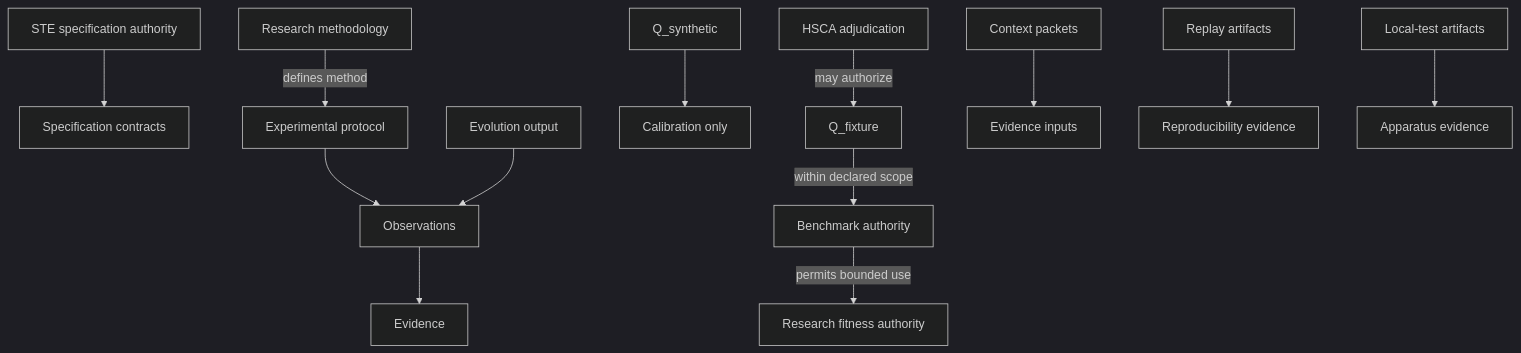
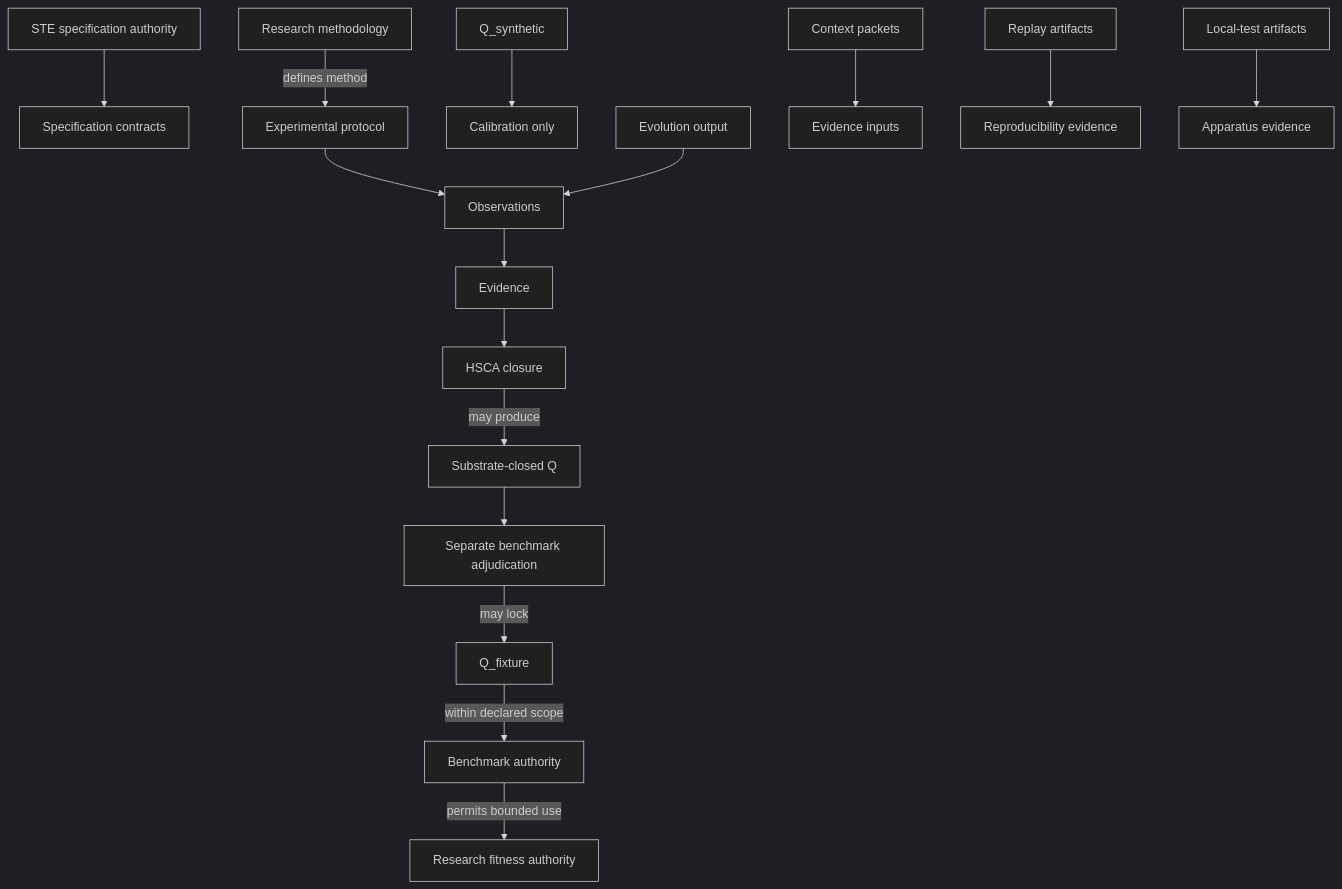
Before and after one commit to egallmann/ste-handbook: the second of 2 diagrams in 14-research/research/mvc/02-methodology/evolution-methodology-v2.md, drawn with Mermaid (dark theme). The commit also changed other lines of this file and 26 other files, not shown here.

````diff
--- a/14-research/research/mvc/02-methodology/evolution-methodology-v2.md
+++ b/14-research/research/mvc/02-methodology/evolution-methodology-v2.md
@@ -560,15 +555,18 @@
 ```mermaid
 flowchart TD
   steSpec[STE specification authority] --> steContracts[Specification contracts]
   researchMethod[Research methodology] -->|"defines method"| protocol[Experimental protocol]
   protocol --> observations[Observations]
   observations --> evidence[Evidence]
-  hsca[HSCA adjudication] -->|"may authorize"| qFixture["Q_fixture"]
+  evidence --> hsca[HSCA closure]
+  hsca -->|"may produce"| substrateQ["Substrate-closed Q"]
+  substrateQ --> benchmarkAdjudication[Separate benchmark adjudication]
+  benchmarkAdjudication -->|"may lock"| qFixture["Q_fixture"]
   qFixture -->|"within declared scope"| benchmarkAuthority[Benchmark authority]
   qSynthetic["Q_synthetic"] --> calibrationOnly[Calibration only]
   evolutionRun[Evolution output] --> observations
   contextPackets[Context packets] --> evidenceInputs[Evidence inputs]
   replayArtifacts[Replay artifacts] --> reproducibilityEvidence[Reproducibility evidence]
   localTest[Local-test artifacts] --> apparatusEvidence[Apparatus evidence]
   benchmarkAuthority -->|"permits bounded use"| fitnessAuthority[Research fitness authority]
 ```
````
